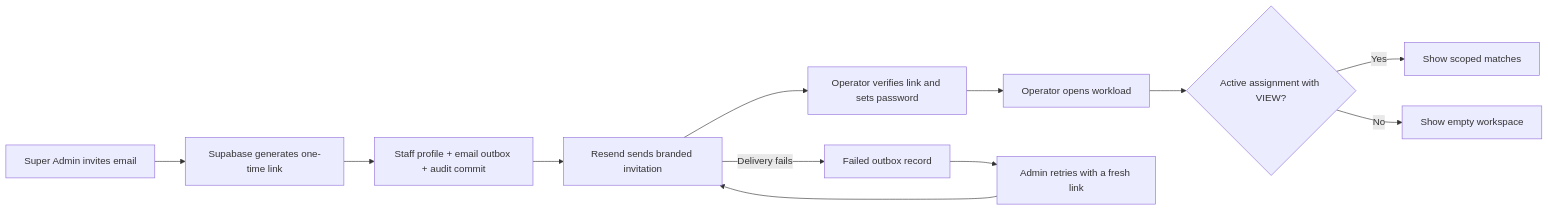
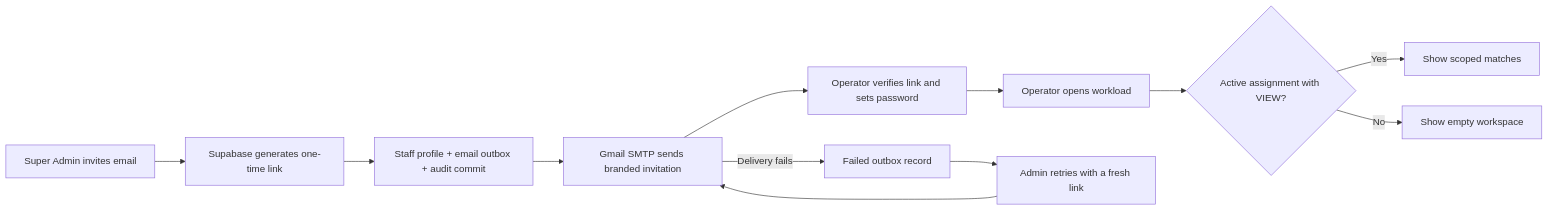
The diagram in docs/planning/PHASE_3_PROGRESS.md (khalid999devs/tournament_management_system), drawn with Mermaid before and after one commit. The commit also changed other lines of this file and 19 other files, not shown here.

First line of the commit message:
Remove Resend and send all email through Gmail SMTP

````diff
--- a/docs/planning/PHASE_3_PROGRESS.md
+++ b/docs/planning/PHASE_3_PROGRESS.md
@@ -19,14 +19,14 @@
 ```mermaid
 flowchart LR
     A[Super Admin invites email] --> B[Supabase generates one-time link]
     B --> C[Staff profile + email outbox + audit commit]
-    C --> D[Resend sends branded invitation]
+    C --> D[Gmail SMTP sends branded invitation]
     D --> E[Operator verifies link and sets password]
     E --> F[Operator opens workload]
     F --> G{Active assignment with VIEW?}
     G -->|Yes| H[Show scoped matches]
     G -->|No| I[Show empty workspace]
     D -->|Delivery fails| J[Failed outbox record]
     J --> K[Admin retries with a fresh link]
     K --> D
 ```
````
